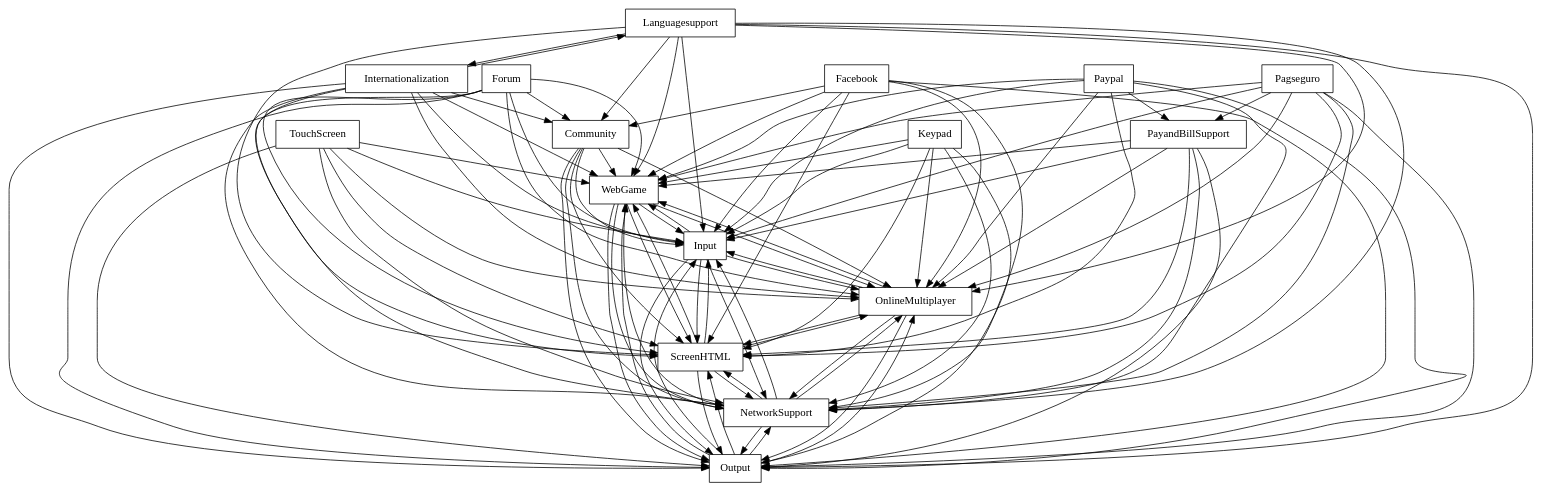
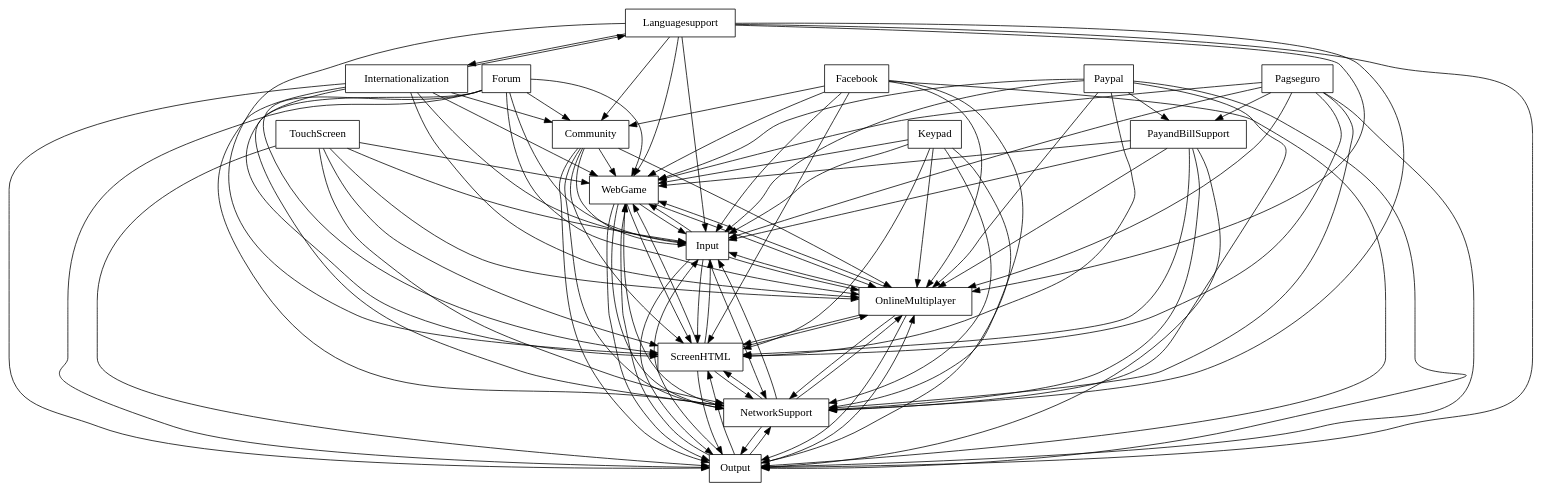
Before and after one commit to FAMILIAR-project/familiar-language: the diagram in FAMILIAR/output/SPLOT-big/fm_149_model_20120328_361613983.xml.dot, drawn with Graphviz. The commit also changed 36 other files, not shown here.

```diff
--- a/FAMILIAR/output/SPLOT-big/fm_149_model_20120328_361613983.xml.dot
+++ b/FAMILIAR/output/SPLOT-big/fm_149_model_20120328_361613983.xml.dot
@@ -1,119 +1,119 @@
 digraph{
 graph [rankdir=TB];
 node [shape=box];
 edge [arrowhead=normal];
-0[label="WebGame",]
-1[label="Community",]
+0[label="Community",]
+1[label="WebGame",]
 2[label="Input",]
-3[label="TouchScreen",]
-4[label="Forum",]
+3[label="Forum",]
+4[label="TouchScreen",]
 5[label="Languagesupport",]
 6[label="Output",]
 7[label="Facebook",]
 8[label="Pagseguro",]
 9[label="Paypal",]
 10[label="Internationalization",]
 11[label="Keypad",]
 12[label="PayandBillSupport",]
 13[label="NetworkSupport",]
 14[label="ScreenHTML",]
 15[label="OnlineMultiplayer",]
+0->1[label="",]
 0->2[label="",]
 0->6[label="",]
 0->13[label="",]
 0->14[label="",]
 0->15[label="",]
-1->0[label="",]
 1->2[label="",]
 1->6[label="",]
 1->13[label="",]
 1->14[label="",]
 1->15[label="",]
-2->0[label="",]
+2->1[label="",]
 2->6[label="",]
 2->13[label="",]
 2->14[label="",]
 2->15[label="",]
 3->0[label="",]
+3->1[label="",]
 3->2[label="",]
 3->6[label="",]
 3->13[label="",]
 3->14[label="",]
 3->15[label="",]
-4->0[label="",]
 4->1[label="",]
 4->2[label="",]
 4->6[label="",]
 4->13[label="",]
 4->14[label="",]
 4->15[label="",]
 5->0[label="",]
 5->1[label="",]
 5->2[label="",]
 5->6[label="",]
 5->10[label="",]
 5->13[label="",]
 5->14[label="",]
 5->15[label="",]
-6->0[label="",]
+6->1[label="",]
 6->2[label="",]
 6->13[label="",]
 6->14[label="",]
 6->15[label="",]
 7->0[label="",]
 7->1[label="",]
 7->2[label="",]
 7->6[label="",]
 7->13[label="",]
 7->14[label="",]
 7->15[label="",]
-8->0[label="",]
+8->1[label="",]
 8->2[label="",]
 8->6[label="",]
 8->12[label="",]
 8->13[label="",]
 8->14[label="",]
 8->15[label="",]
-9->0[label="",]
+9->1[label="",]
 9->2[label="",]
 9->6[label="",]
 9->12[label="",]
 9->13[label="",]
 9->14[label="",]
 9->15[label="",]
 10->0[label="",]
 10->1[label="",]
 10->2[label="",]
 10->5[label="",]
 10->6[label="",]
 10->13[label="",]
 10->14[label="",]
 10->15[label="",]
-11->0[label="",]
+11->1[label="",]
 11->2[label="",]
 11->6[label="",]
 11->13[label="",]
 11->14[label="",]
 11->15[label="",]
-12->0[label="",]
+12->1[label="",]
 12->2[label="",]
 12->6[label="",]
 12->13[label="",]
 12->14[label="",]
 12->15[label="",]
-13->0[label="",]
+13->1[label="",]
 13->2[label="",]
 13->6[label="",]
 13->14[label="",]
 13->15[label="",]
-14->0[label="",]
+14->1[label="",]
 14->2[label="",]
 14->6[label="",]
 14->13[label="",]
 14->15[label="",]
-15->0[label="",]
+15->1[label="",]
 15->2[label="",]
 15->6[label="",]
 15->13[label="",]
 15->14[label="",]
 }
```
